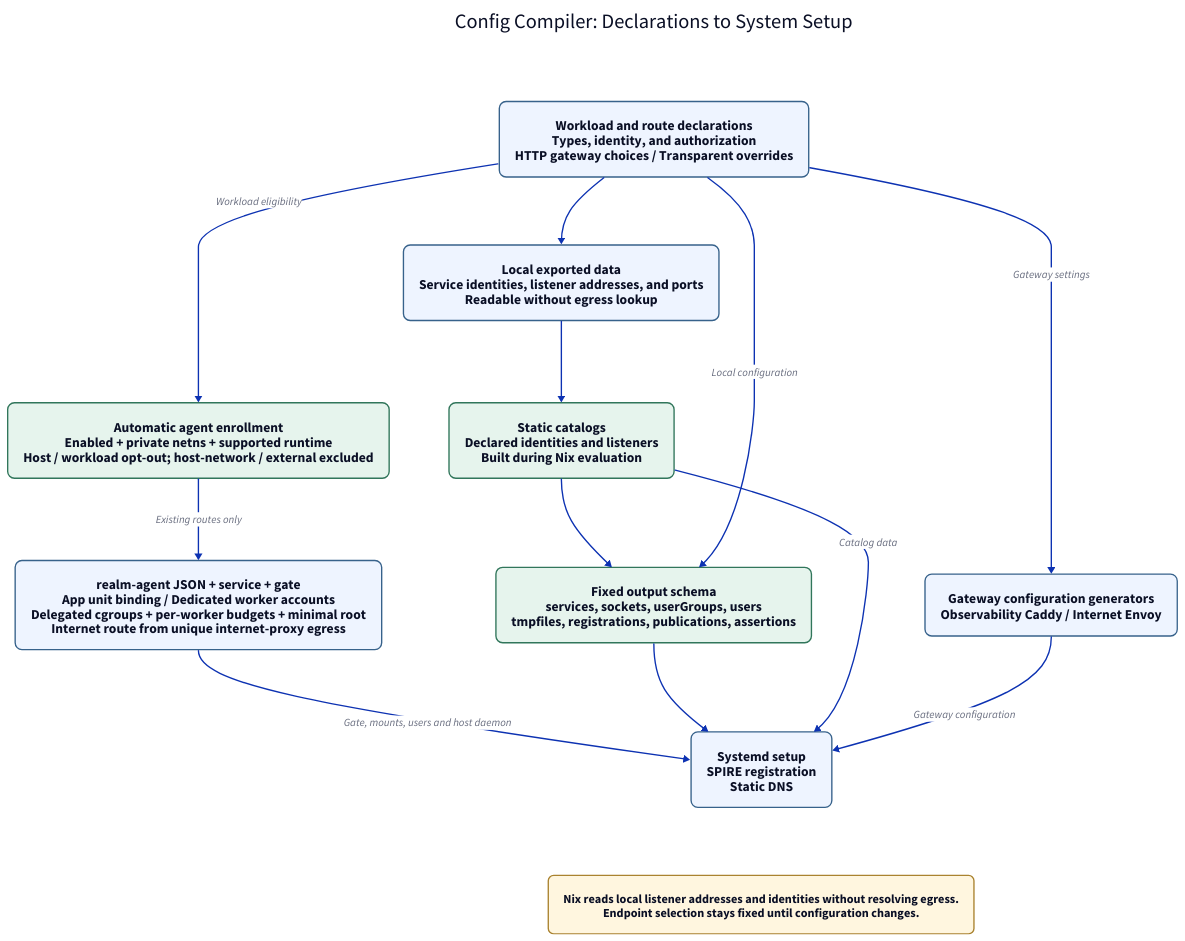
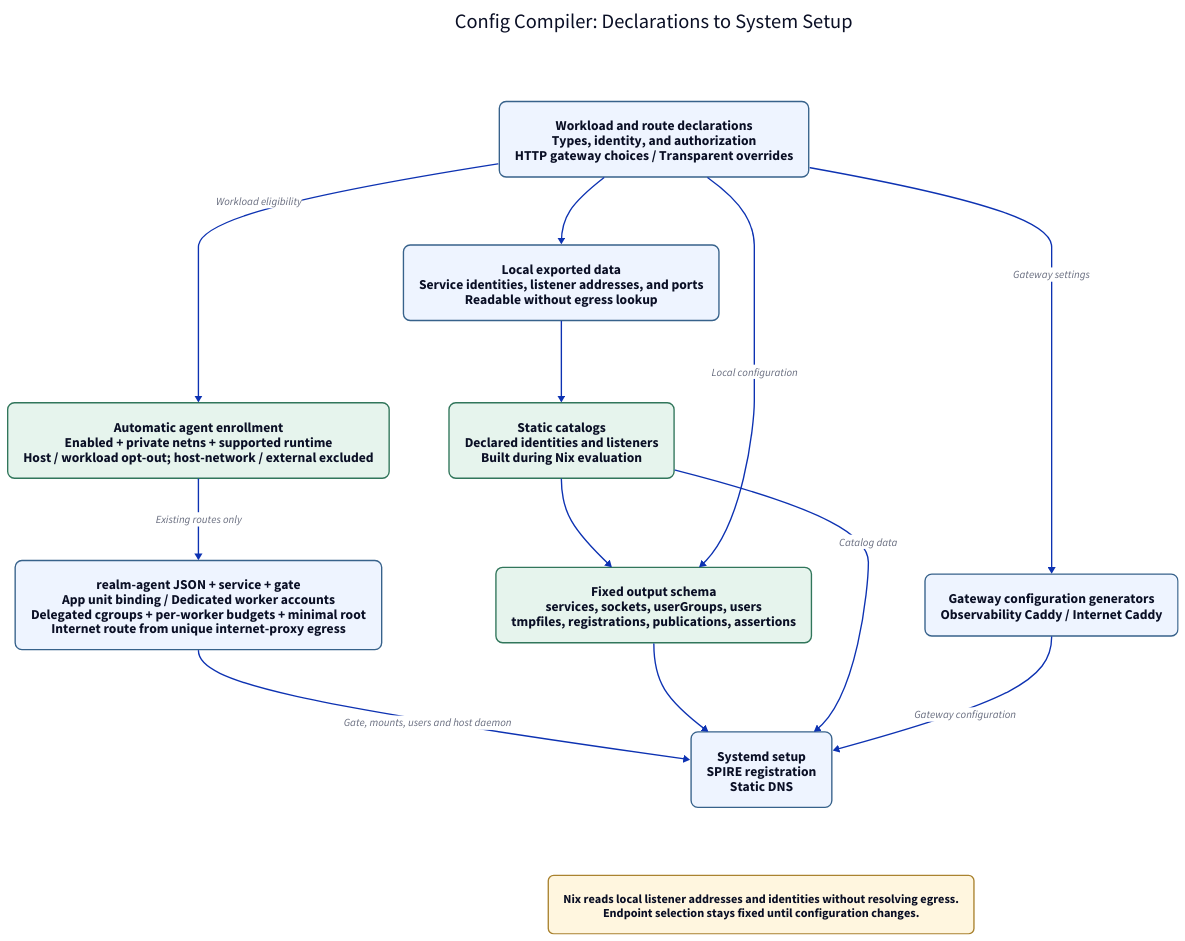
One commit to oluceps/nixos-config changed the diagram in layout/config-compiler.d2. Above: the diagram before and after it, drawn with D2. The commit also changed 51 other files, not shown here.

```diff
--- a/layout/config-compiler.d2
+++ b/layout/config-compiler.d2
@@ -1,31 +1,31 @@
 direction: down
 vars: { d2-config: { theme-id: 0 } }
 classes: {
   node: { style: { fill: "#eef4ff"; stroke: "#37628b"; border-radius: 10; font-size: 20 } }
   gateway: { style: { fill: "#e6f4ed"; stroke: "#31765b"; border-radius: 10; font-size: 20 } }
   note: { style: { fill: "#fff6df"; stroke: "#aa8330"; border-radius: 8; font-size: 18 } }
 }
 title: "Config Compiler: Declarations to System Setup" { shape: text; style.font-size: 30 }
 declarations: "Workload and route declarations\nTypes, identity, and authorization\nHTTP gateway choices / Transparent overrides" { class: node }
 local: "Local exported data\nService identities, listener addresses, and ports\nReadable without egress lookup" { class: node }
 aggregate: "Static catalogs\nDeclared identities and listeners\nBuilt during Nix evaluation" { class: gateway }
 compile: "Fixed output schema\nservices, sockets, userGroups, users\ntmpfiles, registrations, publications, assertions" { class: gateway }
 outputs: "Systemd setup\nSPIRE registration\nStatic DNS" { class: node }
-native: "Gateway configuration generators\nObservability Caddy / Internet Envoy" { class: node }
+native: "Gateway configuration generators\nObservability Caddy / Internet Caddy" { class: node }
 enrollment: "Automatic agent enrollment\nEnabled + private netns + supported runtime\nHost / workload opt-out; host-network / external excluded" { class: gateway }
 agent: "realm-agent JSON + service + gate\nApp unit binding / Dedicated worker accounts\nDelegated cgroups + per-worker budgets + minimal root\nInternet route from unique internet-proxy egress" { class: node }
 notes: "Nix reads local listener addresses and identities without resolving egress.\nEndpoint selection stays fixed until configuration changes." { class: note }
 declarations -> enrollment: "Workload eligibility"
 enrollment -> agent: "Existing routes only"
 agent -> outputs: "Gate, mounts, users and host daemon"
 declarations -> local
 local -> aggregate
 aggregate -> compile
 declarations -> compile: "Local configuration"
 compile -> outputs
 aggregate -> outputs: "Catalog data"
 declarations -> native: "Gateway settings"
 native -> outputs: "Gateway configuration"
 # Invisible edges place the title and note on their own rows.
 title -> declarations: { style.opacity: 0 }
 outputs -> notes: { style.opacity: 0 }
```
